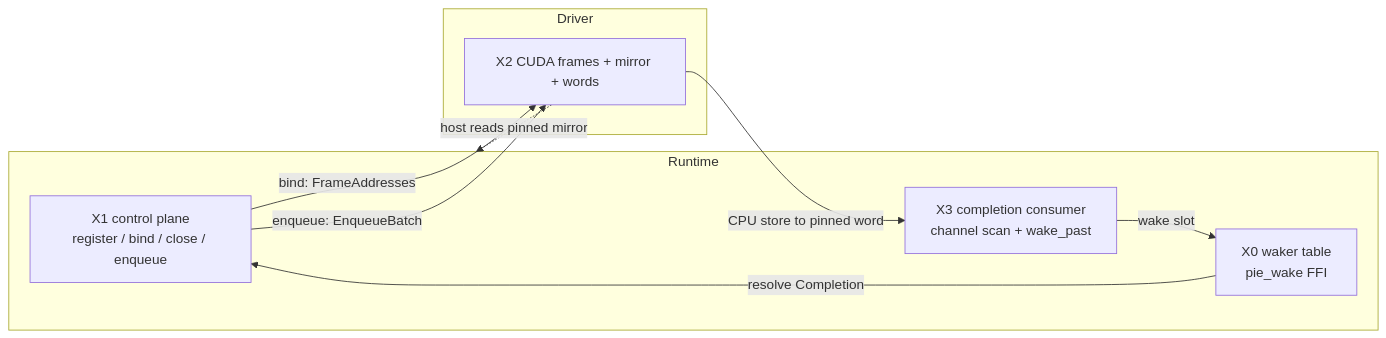
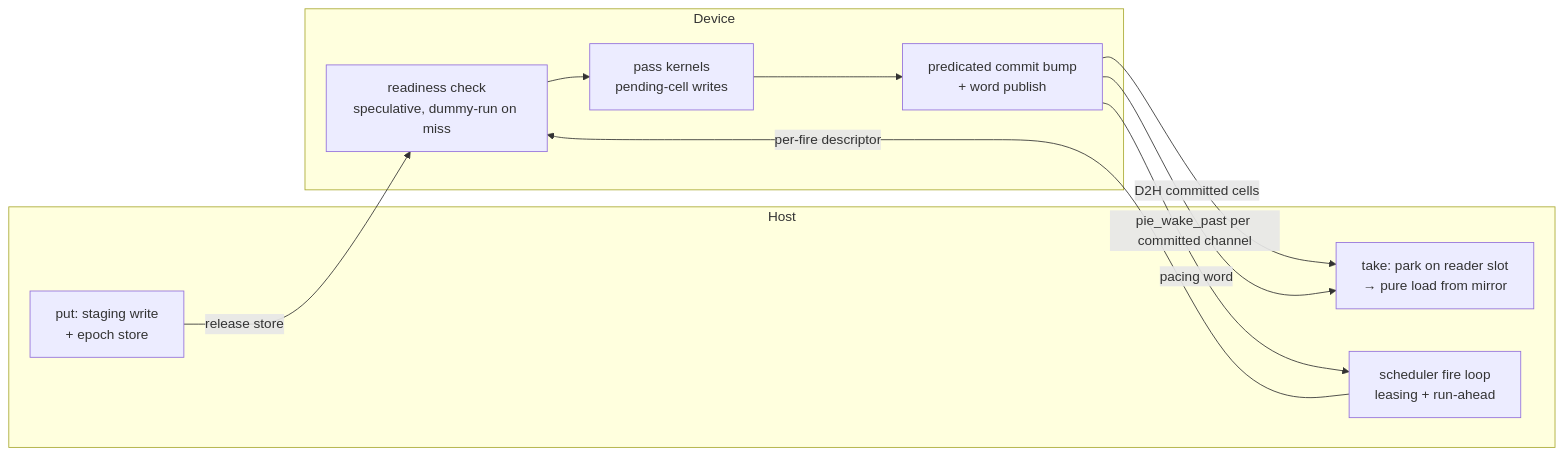
The diagram in boundary.md (pie-project/pie), drawn with Mermaid before and after one commit. The commit also changed other lines of this file and 11 other files, not shown here.

````diff
--- a/boundary.md
+++ b/boundary.md
@@ -49,17 +105,19 @@
 ```mermaid
 flowchart LR
-    subgraph Runtime
-      X1[X1 control plane<br/>register / bind / close / enqueue]
-      X0[X0 waker table<br/>pie_wake FFI]
-      X3[X3 completion consumer<br/>channel scan + wake_past]
+    subgraph Host
+      P[put: staging write<br/>+ epoch store]
+      S[scheduler fire loop<br/>leasing + run-ahead]
+      T[take: park on reader slot<br/>→ pure load from mirror]
     end
-    subgraph Driver
-      X2[X2 CUDA frames + mirror + words]
+    subgraph Device
+      R[readiness check<br/>speculative, dummy-run on miss]
+      K[pass kernels<br/>pending-cell writes]
+      C[predicated commit bump<br/>+ word publish]
     end
-    X1 -- bind: FrameAddresses --> X2
-    X1 -- enqueue: EnqueueBatch --> X2
-    X2 -- CPU store to pinned word --> X3
-    X3 -- wake slot --> X0
-    X0 -- resolve Completion --> X1
-    X2 -. host reads pinned mirror .-> Runtime
+    P -- release store --> R
+    S -- per-fire descriptor --> R
+    R --> K --> C
+    C -- D2H committed cells --> T
+    C -- pie_wake_past per committed channel --> T
+    C -- pacing word --> S
 ```
````
